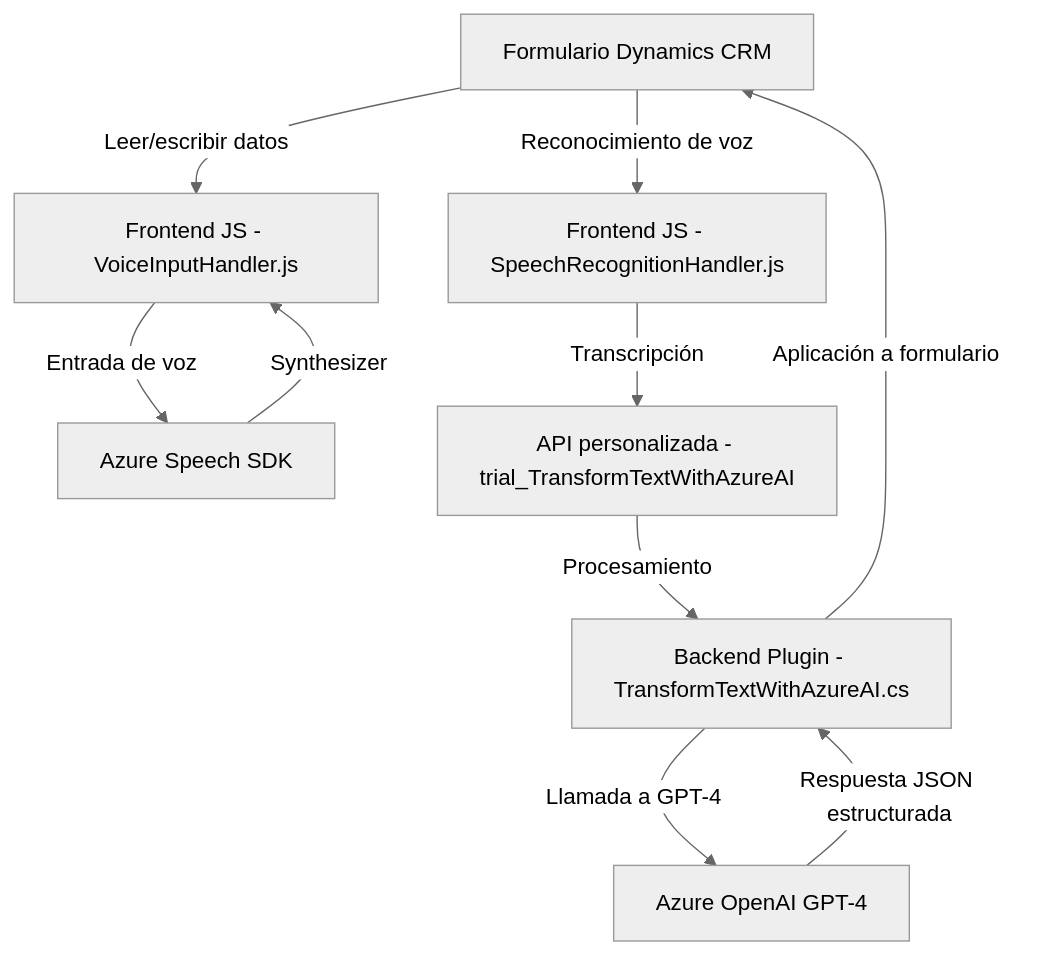
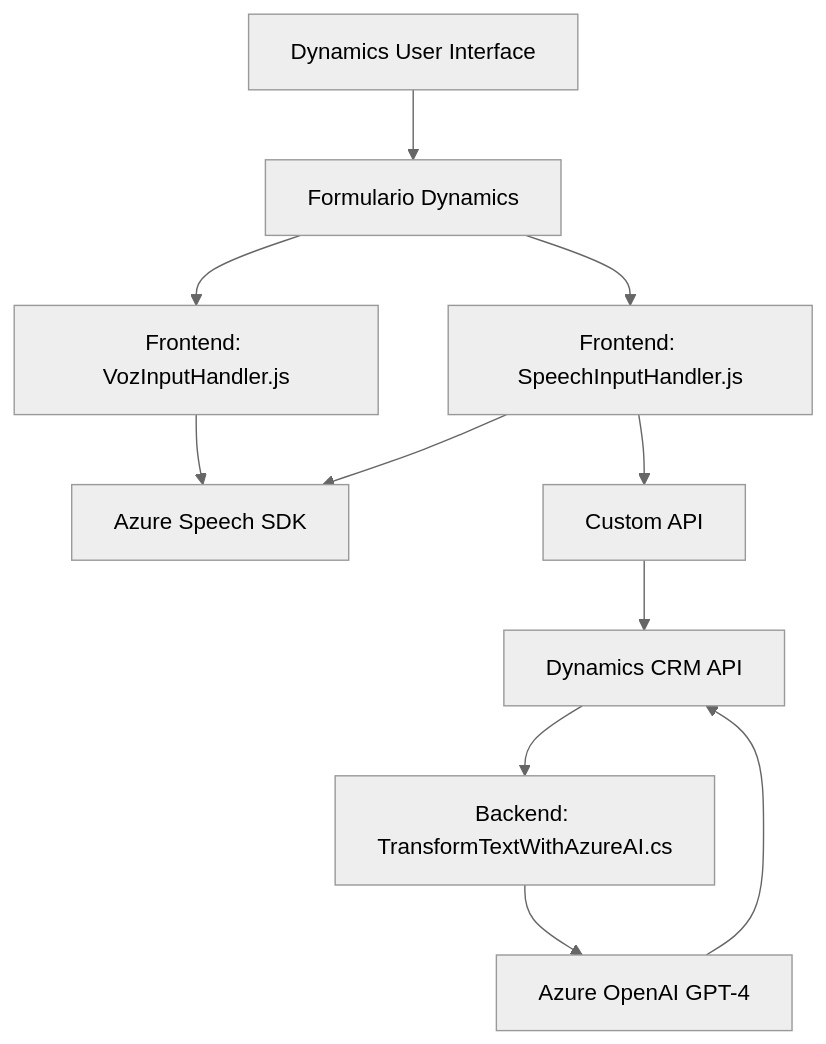
One commit to blopezdm/NETCORE_BILBAO2025 changed the diagram in README.md. Above: the diagram before and after it, drawn with Mermaid (neutral theme). The commit also changed other lines of this file, not shown here.

````diff
--- a/README.md
+++ b/README.md
@@ -31,20 +37,23 @@
 ```mermaid
 graph TD
-    A["Formulario Dynamics CRM"]
-    B["Frontend JS - VoiceInputHandler.js"]
-    C["Frontend JS - SpeechRecognitionHandler.js"]
+    A["Frontend: VozInputHandler.js"]
+    B["Frontend: SpeechInputHandler.js"]
+    C["Backend: TransformTextWithAzureAI.cs"]
     D["Azure Speech SDK"]
-    E["API personalizada - trial_TransformTextWithAzureAI"]
-    F["Backend Plugin - TransformTextWithAzureAI.cs"]
-    G["Azure OpenAI GPT-4"]
-    
-    A -->|Leer/escribir datos| B
-    B -->|Entrada de voz| D
-    D -->|Synthesizer| B
-    A -->|Reconocimiento de voz| C
-    C -->|Transcripción| E
-    E -->|Procesamiento| F
-    F -->|Llamada a GPT-4| G
-    G -->|Respuesta JSON estructurada| F
-    F -->|Aplicación a formulario| A
+    E["Azure OpenAI GPT-4"]
+    F["Dynamics CRM API"]
+    G["Dynamics User Interface"]
+    H["Formulario Dynamics"]
+    I["Custom API"]
+
+    G --> H
+    H --> A
+    H --> B
+    A --> D
+    B --> D
+    B --> I
+    I --> F
+    F --> C
+    C --> E
+    E --> F
 ```
````
